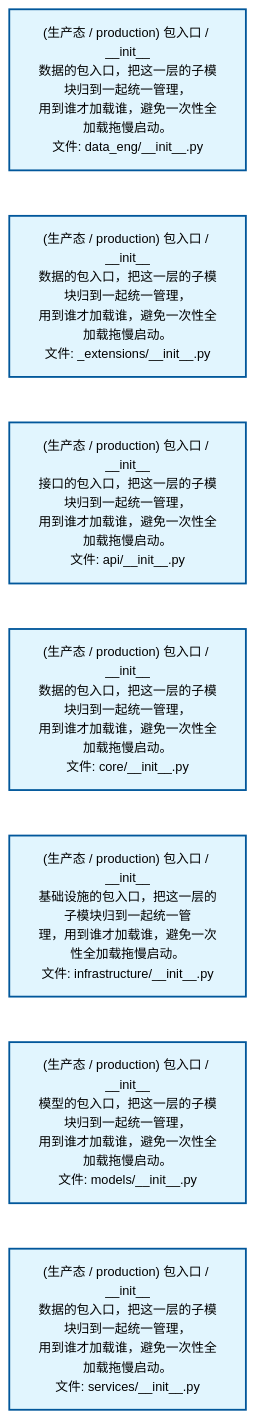
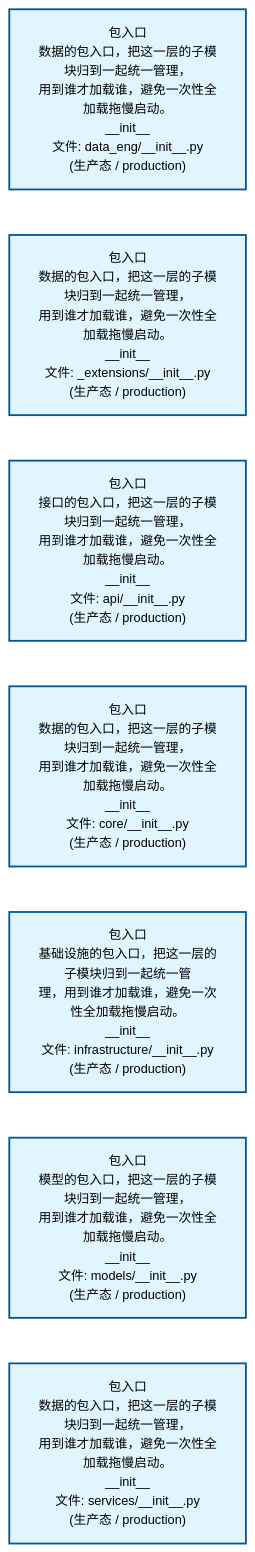
The first of 2 diagrams in docs/02_enterprise_architecture/02_domain_architecture_docs/12_d_data_eng.md (xuanFelixVan/ZephyrAlpha), drawn with Mermaid before and after one commit. The commit also changed other lines of this file and 62 other files, not shown here.

````diff
--- a/docs/02_enterprise_architecture/02_domain_architecture_docs/12_d_data_eng.md
+++ b/docs/02_enterprise_architecture/02_domain_architecture_docs/12_d_data_eng.md
@@ -53,22 +53,22 @@
 ```mermaid
 %%{init: {'theme': 'base', 'themeVariables': {'primaryColor': '#eaeaea', 'primaryTextColor': '#333333', 'primaryBorderColor': '#666666', 'lineColor': '#666666', 'secondaryColor': '#eaeaea', 'tertiaryColor': '#eaeaea', 'fontSize': '14px'}}}%%
 flowchart TD
-    src_zephyr_data_eng_init_py["(生产态 / production) 包入口 / __init__<br/>数据的包入口，把这一层的子模块归到一起统一管理，<br/>用到谁才加载谁，避免一次性全加载拖慢启动。<br/>文件: data_eng/__init__.py"]
-    src_zephyr_data_eng_extensions_init_py["(生产态 / production) 包入口 / __init__<br/>数据的包入口，把这一层的子模块归到一起统一管理，<br/>用到谁才加载谁，避免一次性全加载拖慢启动。<br/>文件: _extensions/__init__.py"]
-    src_zephyr_data_eng_api_init_py["(生产态 / production) 包入口 / __init__<br/>接口的包入口，把这一层的子模块归到一起统一管理，<br/>用到谁才加载谁，避免一次性全加载拖慢启动。<br/>文件: api/__init__.py"]
-    src_zephyr_data_eng_core_init_py["(生产态 / production) 包入口 / __init__<br/>数据的包入口，把这一层的子模块归到一起统一管理，<br/>用到谁才加载谁，避免一次性全加载拖慢启动。<br/>文件: core/__init__.py"]
-    src_zephyr_data_eng_infrastructure_init_py["(生产态 / production) 包入口 / __init__<br/>基础设施的包入口，把这一层的子模块归到一起统一管<br/>理，用到谁才加载谁，避免一次性全加载拖慢启动。<br/>文件: infrastructure/__init__.py"]
-    src_zephyr_data_eng_models_init_py["(生产态 / production) 包入口 / __init__<br/>模型的包入口，把这一层的子模块归到一起统一管理，<br/>用到谁才加载谁，避免一次性全加载拖慢启动。<br/>文件: models/__init__.py"]
-    src_zephyr_data_eng_services_init_py["(生产态 / production) 包入口 / __init__<br/>数据的包入口，把这一层的子模块归到一起统一管理，<br/>用到谁才加载谁，避免一次性全加载拖慢启动。<br/>文件: services/__init__.py"]
+    src_zephyr_data_eng_init_py["包入口<br/>数据的包入口，把这一层的子模块归到一起统一管理，<br/>用到谁才加载谁，避免一次性全加载拖慢启动。<br/>__init__<br/>文件: data_eng/__init__.py<br/>(生产态 / production)"]
+    src_zephyr_data_eng_extensions_init_py["包入口<br/>数据的包入口，把这一层的子模块归到一起统一管理，<br/>用到谁才加载谁，避免一次性全加载拖慢启动。<br/>__init__<br/>文件: _extensions/__init__.py<br/>(生产态 / production)"]
+    src_zephyr_data_eng_api_init_py["包入口<br/>接口的包入口，把这一层的子模块归到一起统一管理，<br/>用到谁才加载谁，避免一次性全加载拖慢启动。<br/>__init__<br/>文件: api/__init__.py<br/>(生产态 / production)"]
+    src_zephyr_data_eng_core_init_py["包入口<br/>数据的包入口，把这一层的子模块归到一起统一管理，<br/>用到谁才加载谁，避免一次性全加载拖慢启动。<br/>__init__<br/>文件: core/__init__.py<br/>(生产态 / production)"]
+    src_zephyr_data_eng_infrastructure_init_py["包入口<br/>基础设施的包入口，把这一层的子模块归到一起统一管<br/>理，用到谁才加载谁，避免一次性全加载拖慢启动。<br/>__init__<br/>文件: infrastructure/__init__.py<br/>(生产态 / production)"]
+    src_zephyr_data_eng_models_init_py["包入口<br/>模型的包入口，把这一层的子模块归到一起统一管理，<br/>用到谁才加载谁，避免一次性全加载拖慢启动。<br/>__init__<br/>文件: models/__init__.py<br/>(生产态 / production)"]
+    src_zephyr_data_eng_services_init_py["包入口<br/>数据的包入口，把这一层的子模块归到一起统一管理，<br/>用到谁才加载谁，避免一次性全加载拖慢启动。<br/>__init__<br/>文件: services/__init__.py<br/>(生产态 / production)"]
     src_zephyr_data_eng_init_py ~~~ src_zephyr_data_eng_extensions_init_py
     src_zephyr_data_eng_extensions_init_py ~~~ src_zephyr_data_eng_api_init_py
     src_zephyr_data_eng_api_init_py ~~~ src_zephyr_data_eng_core_init_py
     src_zephyr_data_eng_core_init_py ~~~ src_zephyr_data_eng_infrastructure_init_py
     src_zephyr_data_eng_infrastructure_init_py ~~~ src_zephyr_data_eng_models_init_py
     src_zephyr_data_eng_models_init_py ~~~ src_zephyr_data_eng_services_init_py
     classDef production fill:#e1f5fe,stroke:#01579b,stroke-width:2px,color:#000
     classDef design fill:#fff3e0,stroke:#e65100,stroke-width:2px,color:#000,stroke-dasharray: 5 5
     classDef external_prod fill:#e8f4fd,stroke:#0277bd,stroke-width:1px,color:#000
     classDef external_design fill:#fff8e7,stroke:#ef6c00,stroke-width:1px,color:#000,stroke-dasharray: 5 5
     class src_zephyr_data_eng_init_py,src_zephyr_data_eng_extensions_init_py,src_zephyr_data_eng_api_init_py,src_zephyr_data_eng_core_init_py,src_zephyr_data_eng_infrastructure_init_py,src_zephyr_data_eng_models_init_py,src_zephyr_data_eng_services_init_py production
 ```
````
